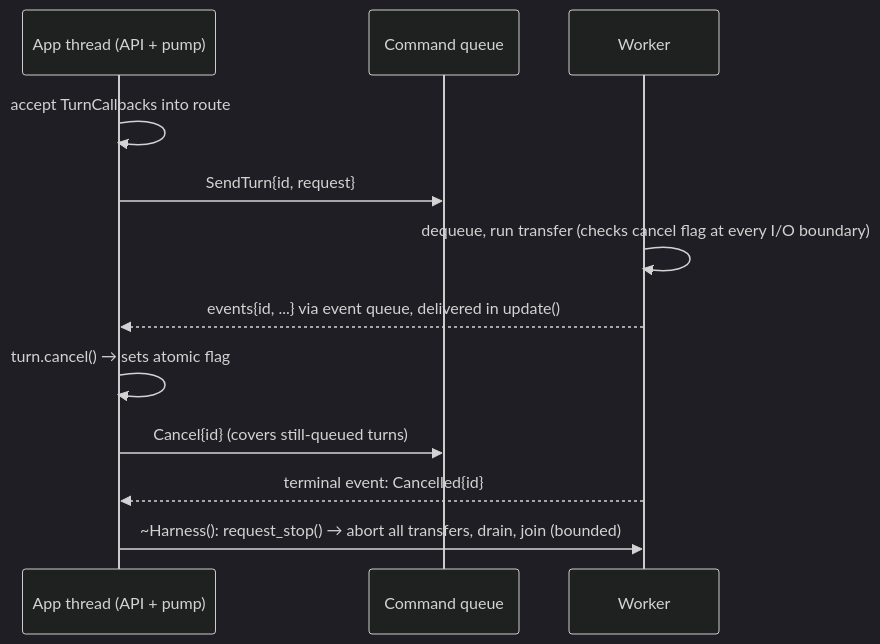
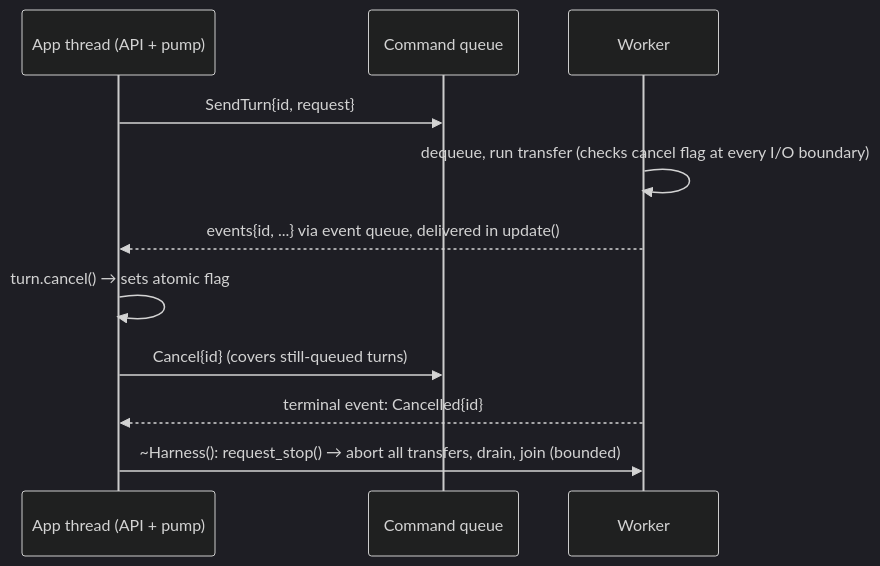
Before and after one commit to crybo-rybo/scry: the first of 2 diagrams in ARCHITECTURE.md, drawn with Mermaid (dark theme). The commit also changed other lines of this file and 8 other files, not shown here.

````diff
--- a/ARCHITECTURE.md
+++ b/ARCHITECTURE.md
@@ -92,14 +82,13 @@
 ```mermaid
 sequenceDiagram
     participant App as App thread (API + pump)
     participant CQ as Command queue
     participant W as Worker
-    App->>App: accept TurnCallbacks into route
     App->>CQ: SendTurn{id, request}
     W->>W: dequeue, run transfer (checks cancel flag at every I/O boundary)
     W-->>App: events{id, ...} via event queue, delivered in update()
     App->>App: turn.cancel() → sets atomic flag
     App->>CQ: Cancel{id} (covers still-queued turns)
     W-->>App: terminal event: Cancelled{id}
     App->>W: ~Harness(): request_stop() → abort all transfers, drain, join (bounded)
 ```
````
